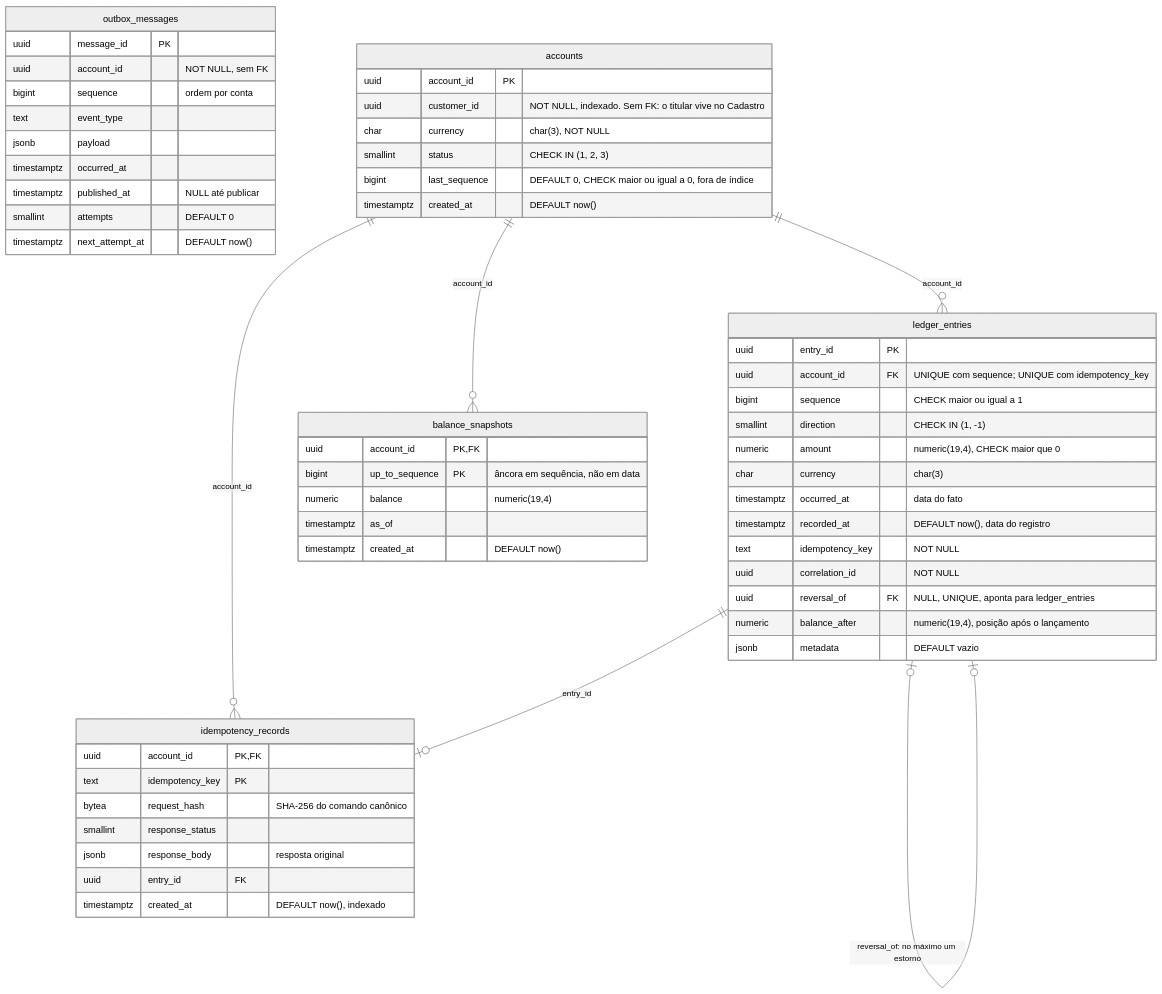
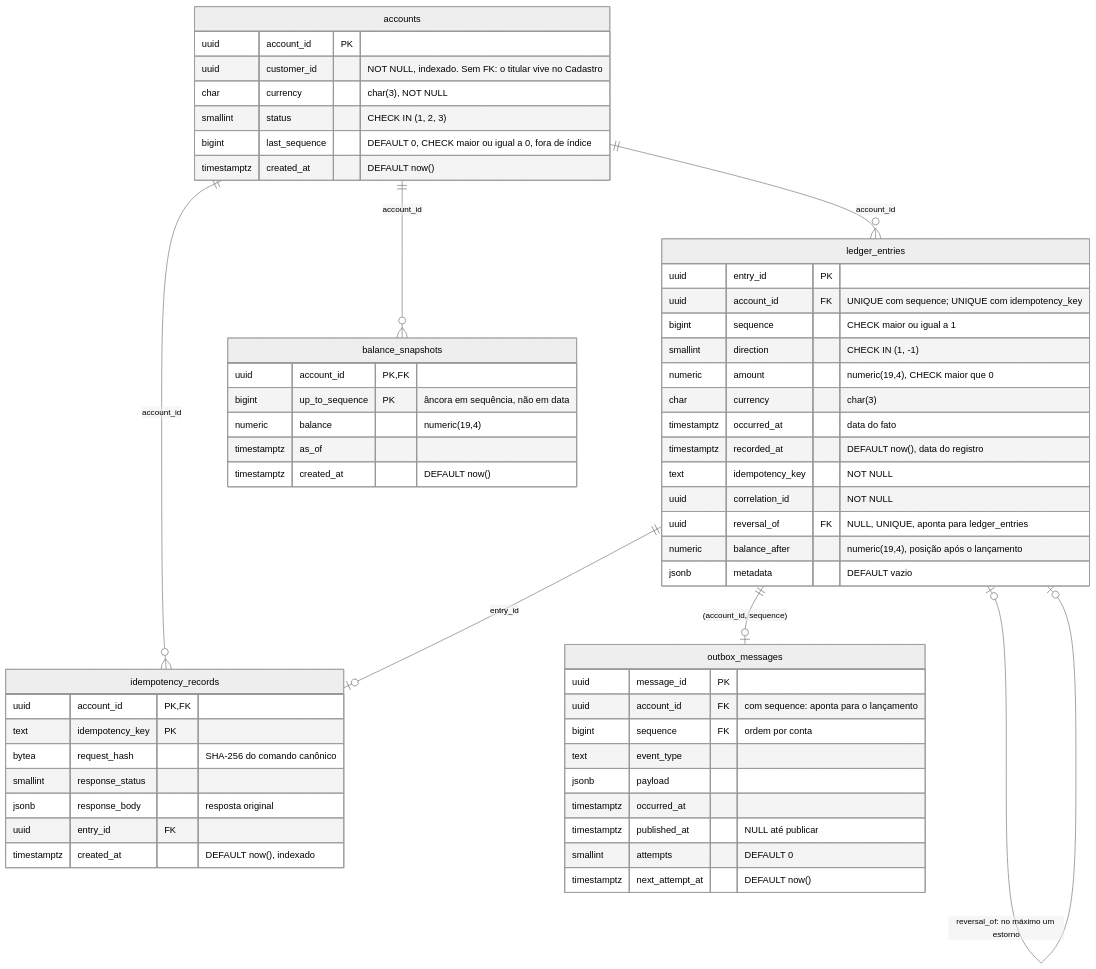
Before and after one commit to eduardojnet/PacioliBank: the diagram in docs/diagrams/ERD-esquema-ledger.md, drawn with Mermaid (neutral theme). The commit also changed other lines of this file and 7 other files, not shown here.

Commit message:
feat(db): chave estrangeira da outbox para o lancamento (L-12, card 24.1)

````diff
--- a/docs/diagrams/ERD-esquema-ledger.md
+++ b/docs/diagrams/ERD-esquema-ledger.md
@@ -7,63 +7,64 @@
 ```mermaid
 erDiagram
-    outbox_messages {
-        uuid message_id PK
-        uuid account_id "NOT NULL, sem FK"
-        bigint sequence "ordem por conta"
-        text event_type
-        jsonb payload
-        timestamptz occurred_at
-        timestamptz published_at "NULL até publicar"
-        smallint attempts "DEFAULT 0"
-        timestamptz next_attempt_at "DEFAULT now()"
-    }
-
     accounts ||--o{ ledger_entries : "account_id"
     accounts ||--o{ balance_snapshots : "account_id"
     accounts ||--o{ idempotency_records : "account_id"
     ledger_entries ||--o| idempotency_records : "entry_id"
     ledger_entries |o--o| ledger_entries : "reversal_of: no máximo um estorno"
+    ledger_entries ||--o| outbox_messages : "(account_id, sequence)"
 
     accounts {
         uuid account_id PK
         uuid customer_id "NOT NULL, indexado. Sem FK: o titular vive no Cadastro"
         char currency "char(3), NOT NULL"
         smallint status "CHECK IN (1, 2, 3)"
         bigint last_sequence "DEFAULT 0, CHECK maior ou igual a 0, fora de índice"
         timestamptz created_at "DEFAULT now()"
     }
 
     ledger_entries {
         uuid entry_id PK
         uuid account_id FK "UNIQUE com sequence; UNIQUE com idempotency_key"
         bigint sequence "CHECK maior ou igual a 1"
         smallint direction "CHECK IN (1, -1)"
         numeric amount "numeric(19,4), CHECK maior que 0"
         char currency "char(3)"
         timestamptz occurred_at "data do fato"
         timestamptz recorded_at "DEFAULT now(), data do registro"
         text idempotency_key "NOT NULL"
         uuid correlation_id "NOT NULL"
         uuid reversal_of FK "NULL, UNIQUE, aponta para ledger_entries"
         numeric balance_after "numeric(19,4), posição após o lançamento"
         jsonb metadata "DEFAULT vazio"
     }
 
     balance_snapshots {
         uuid account_id PK, FK
         bigint up_to_sequence PK "âncora em sequência, não em data"
         numeric balance "numeric(19,4)"
         timestamptz as_of
         timestamptz created_at "DEFAULT now()"
     }
 
+    outbox_messages {
+        uuid message_id PK
+        uuid account_id FK "com sequence: aponta para o lançamento"
+        bigint sequence FK "ordem por conta"
+        text event_type
+        jsonb payload
+        timestamptz occurred_at
+        timestamptz published_at "NULL até publicar"
+        smallint attempts "DEFAULT 0"
+        timestamptz next_attempt_at "DEFAULT now()"
+    }
+
     idempotency_records {
         uuid account_id PK, FK
         text idempotency_key PK
         bytea request_hash "SHA-256 do comando canônico"
         smallint response_status
         jsonb response_body "resposta original"
         uuid entry_id FK
         timestamptz created_at "DEFAULT now(), indexado"
     }
 ```
````
